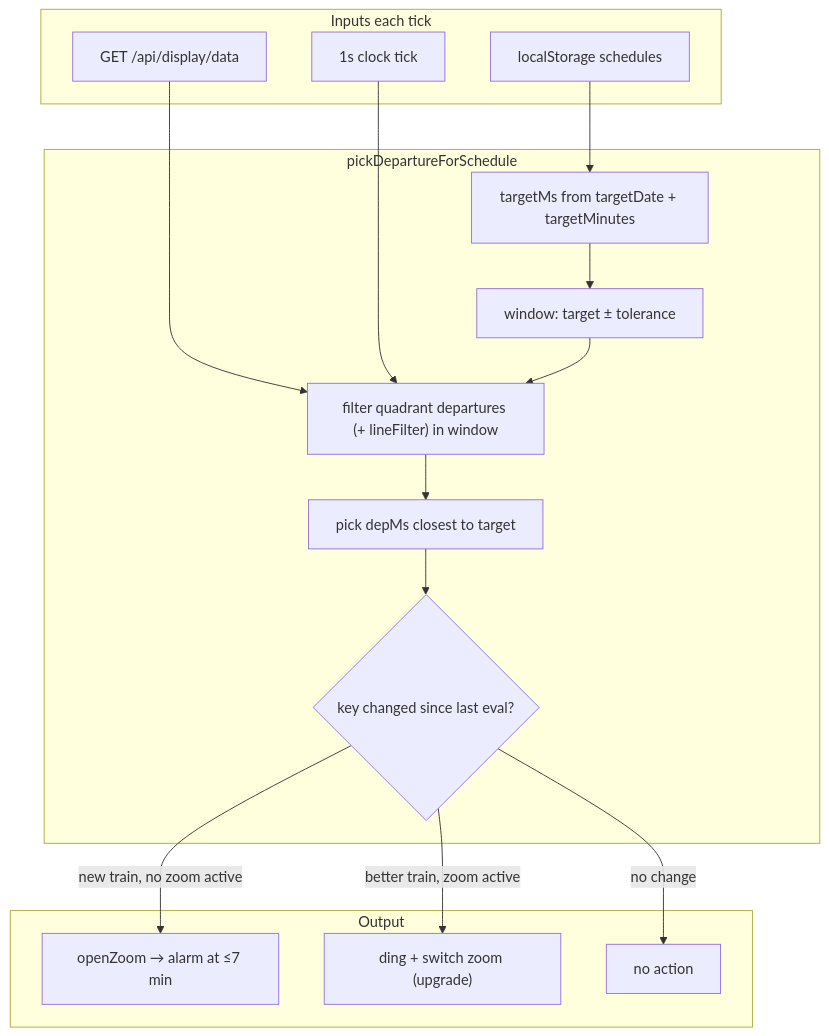
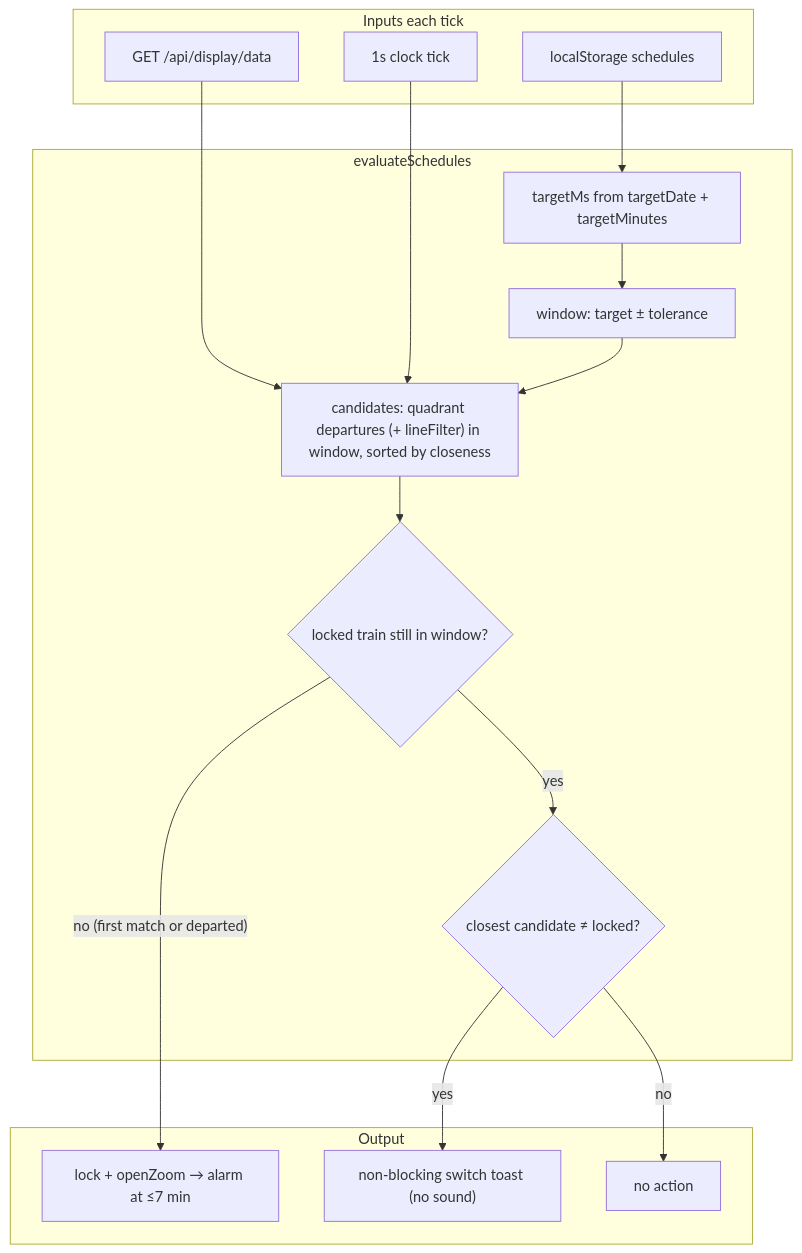
Before and after one commit to momonala/trainspotter: the fifth of 5 diagrams in README.md, drawn with Mermaid. The commit also changed other lines of this file and 3 other files, not shown here.

First line of the commit message:
feat(scheduler): lock reminder to first qualifying train, offer better ones

````diff
--- a/README.md
+++ b/README.md
@@ -295,33 +297,33 @@
 ```mermaid
 flowchart TD
   subgraph inputs [Inputs each tick]
     Poll["GET /api/display/data"]
     LS["localStorage schedules"]
     Clock["1s clock tick"]
   end
 
-  subgraph matcher [pickDepartureForSchedule]
+  subgraph matcher [evaluateSchedules]
     Target["targetMs from targetDate + targetMinutes"]
     Window["window: target ± tolerance"]
-    Filter["filter quadrant departures (+ lineFilter) in window"]
-    Latest["pick depMs closest to target"]
-    Trigger{"key changed since last eval?"}
+    Filter["candidates: quadrant departures (+ lineFilter) in window, sorted by closeness"]
+    Locked{"locked train still in window?"}
+    Closer{"closest candidate ≠ locked?"}
   end
 
   subgraph output [Output]
-    Zoom["openZoom → alarm at ≤7 min"]
-    Upgrade["ding + switch zoom (upgrade)"]
+    Zoom["lock + openZoom → alarm at ≤7 min"]
+    Offer["non-blocking switch toast (no sound)"]
     Idle["no action"]
   end
 
   Poll --> Filter
   LS --> Target
   Clock --> Filter
   Target --> Window
   Window --> Filter
-  Filter --> Latest
-  Latest --> Trigger
-  Trigger -->|"new train, no zoom active"| Zoom
-  Trigger -->|"better train, zoom active"| Upgrade
-  Trigger -->|no change| Idle
+  Filter --> Locked
+  Locked -->|"no (first match or departed)"| Zoom
+  Locked -->|yes| Closer
+  Closer -->|yes| Offer
+  Closer -->|no| Idle
 ```
````
